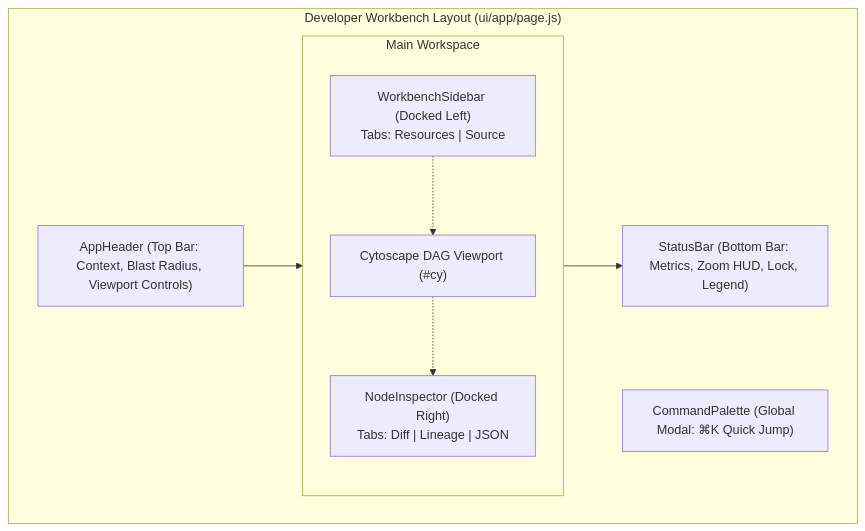
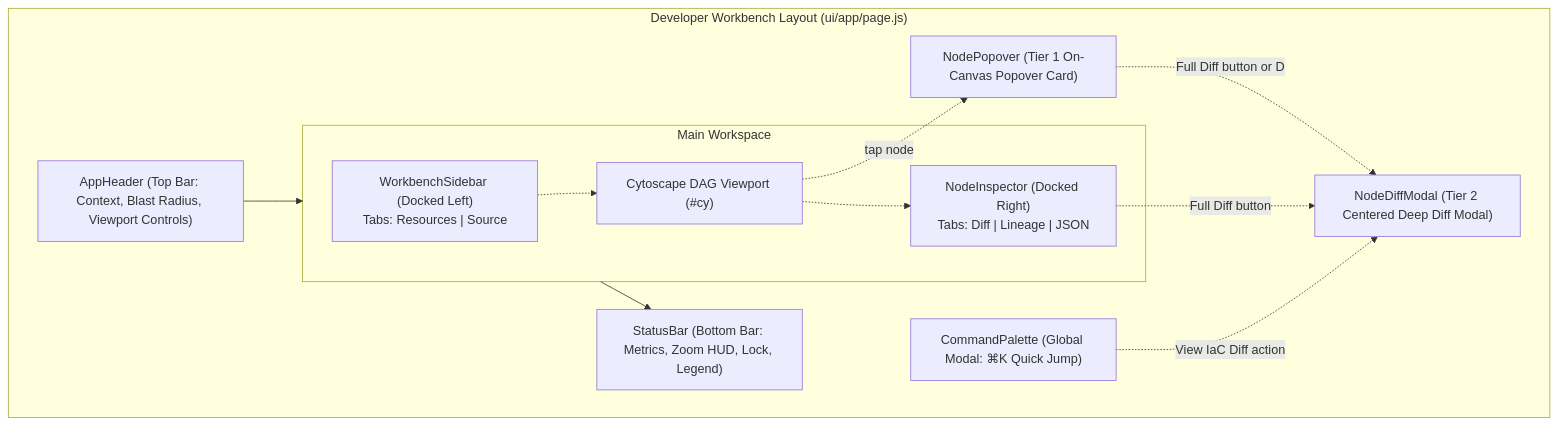
One commit to AatirNadim/plan-parse changed the first of 5 diagrams in ui/components/README.md. Above: the diagram before and after it, drawn with Mermaid. The commit also changed other lines of this file and 5 other files, not shown here.

Commit message:
feat: implement 2-tier IaC diff system with NodePopover and NodeDiffModal, enhancing user experience for resource change inspection

````diff
--- a/ui/components/README.md
+++ b/ui/components/README.md
@@ -13,20 +13,26 @@
 ```mermaid
 flowchart TD
     subgraph Workbench["Developer Workbench Layout (ui/app/page.js)"]
         Header["AppHeader (Top Bar: Context, Blast Radius, Viewport Controls)"]
         
         subgraph MiddleArea["Main Workspace"]
             LeftSidebar["WorkbenchSidebar (Docked Left)<br/>Tabs: Resources | Source"]
             CenterCanvas["Cytoscape DAG Viewport (#cy)"]
             RightInspector["NodeInspector (Docked Right)<br/>Tabs: Diff | Lineage | JSON"]
         end
 
         Footer["StatusBar (Bottom Bar: Metrics, Zoom HUD, Lock, Legend)"]
+        Popover["NodePopover (Tier 1 On-Canvas Popover Card)"]
+        DiffModal["NodeDiffModal (Tier 2 Centered Deep Diff Modal)"]
         Palette["CommandPalette (Global Modal: ⌘K Quick Jump)"]
 
         Header --> MiddleArea
         MiddleArea --> Footer
         LeftSidebar -.-> CenterCanvas
         CenterCanvas -.-> RightInspector
+        CenterCanvas -.->|tap node| Popover
+        Popover -.->|Full Diff button or D| DiffModal
+        RightInspector -.->|Full Diff button| DiffModal
+        Palette -.->|View IaC Diff action| DiffModal
     end
 ```
````
